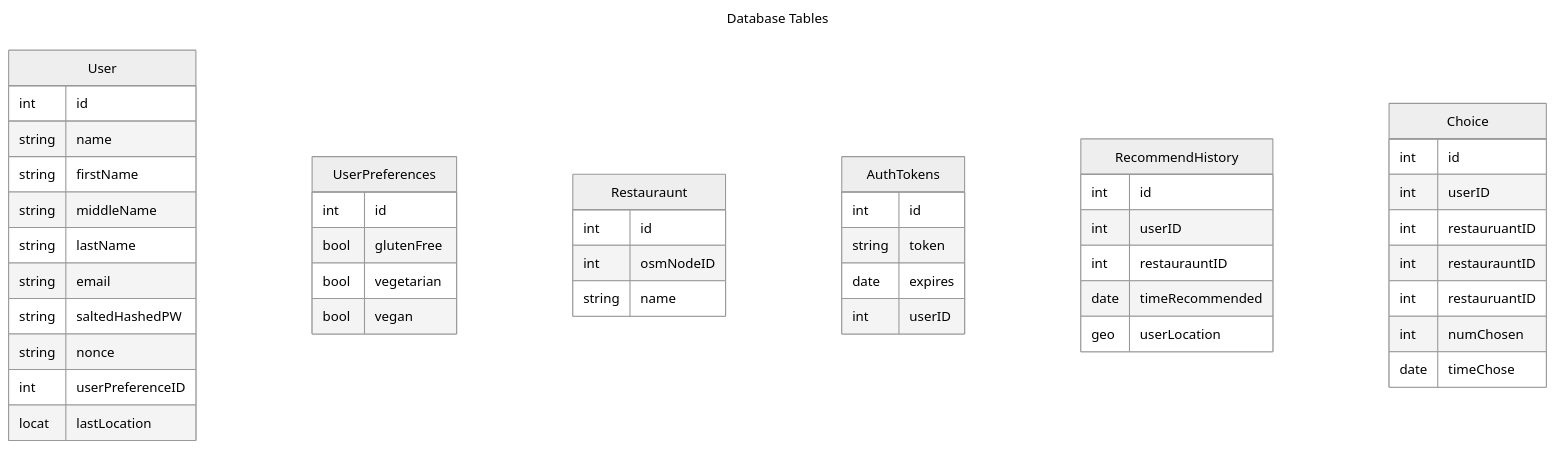
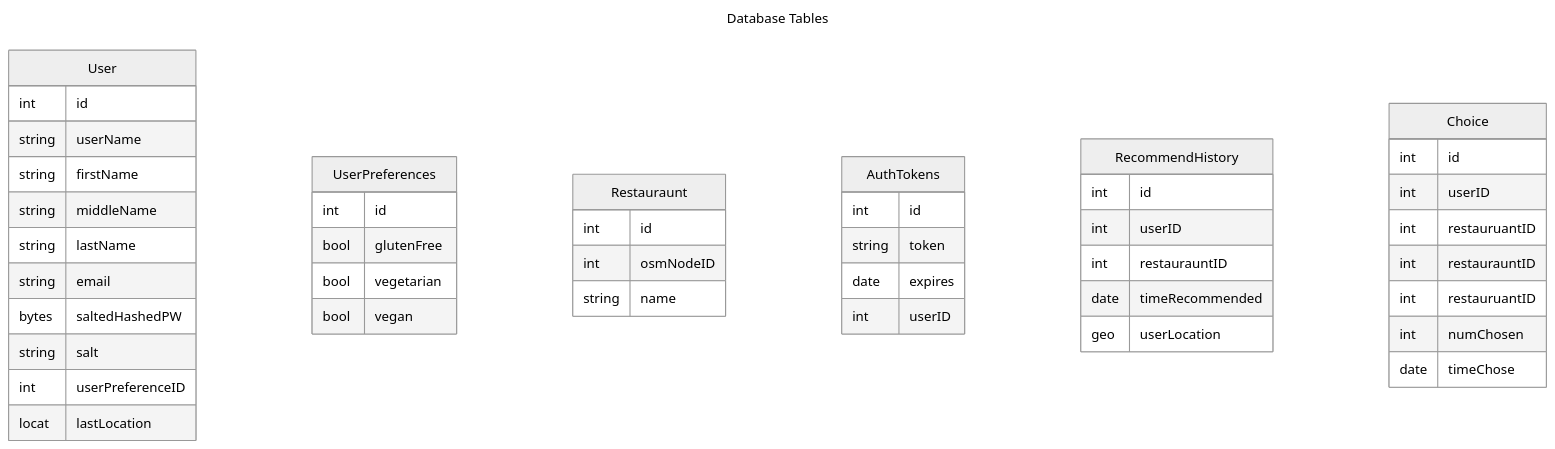
Before and after one commit to H6NG/FlavourFinder: the diagram in backend/dbDocs/db_tables.md, drawn with Mermaid (neutral theme).

Commit message:
rename db table columns

````diff
--- a/backend/dbDocs/db_tables.md
+++ b/backend/dbDocs/db_tables.md
@@ -6,51 +6,51 @@
 ```mermaid
 ---
 title: Database Tables
 ---
 erDiagram
     User {
     	int		id
-        string	name
+        string	userName
 		string 	firstName
 		string	middleName
 		string	lastName
         string	email
-        string	saltedHashedPW
-        string  nonce
+        bytes	saltedHashedPW
+        string  salt
 		int		userPreferenceID
 		locat	lastLocation
     }
 	UserPreferences {
 		int id
 		bool	glutenFree
         bool	vegetarian
         bool	vegan
 	}
 	Restauraunt {
     	int 	id
 		int		osmNodeID
         string	name
     }
     AuthTokens {
     	int		id
         string	token
         date	expires
         int		userID
     }
 	RecommendHistory {
     	int		id
         int		userID
         int		restaurauntID
         date	timeRecommended
         geo		userLocation
     }
     Choice {
         int 	id
         int		userID
         int		restauruantID
         int		restaurauntID
         int		restauruantID
         int		numChosen
         date	timeChose
     }
 ```
````
